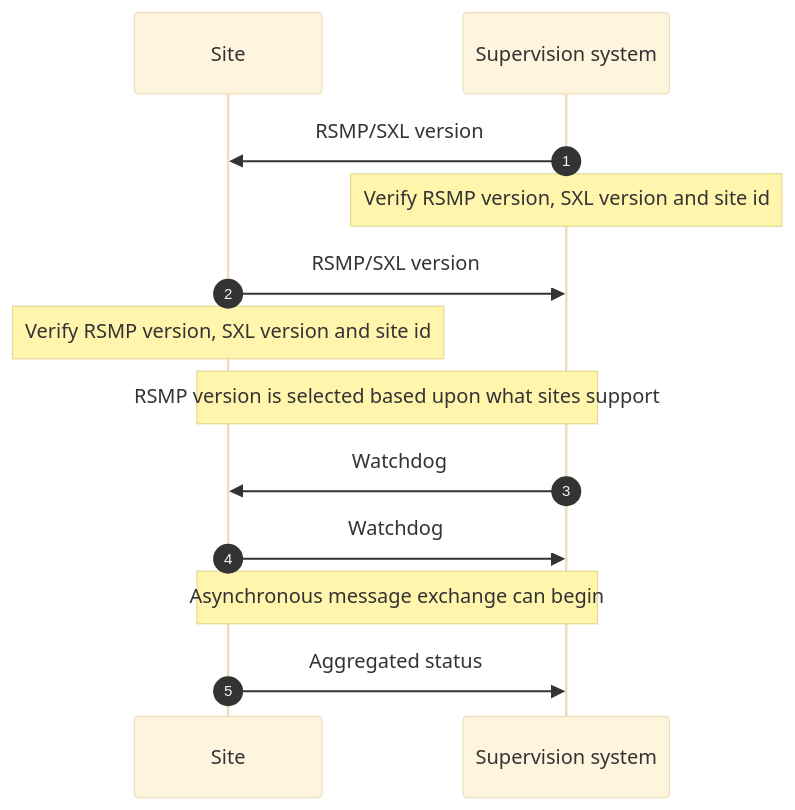
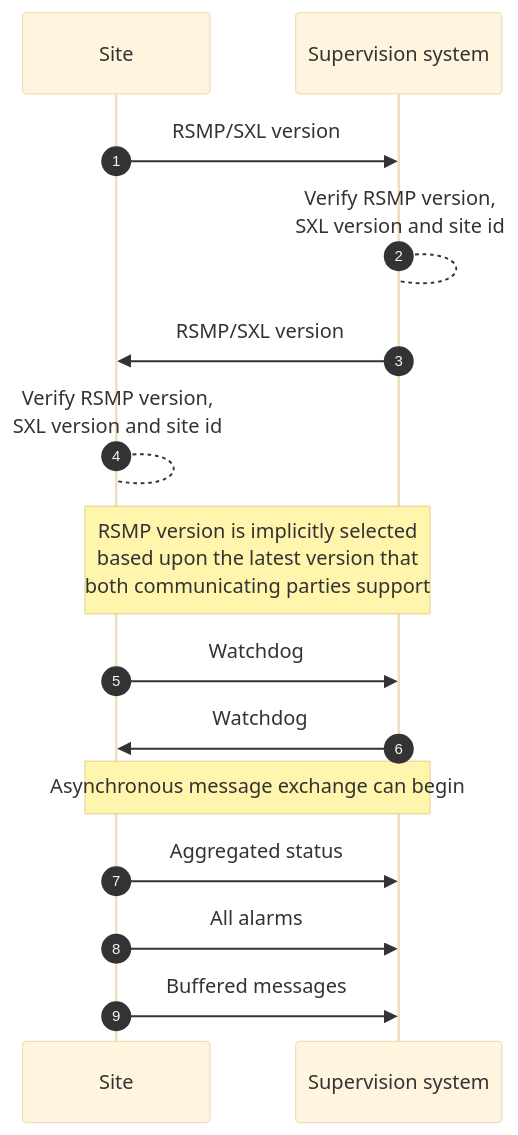
The first of 3 diagrams in source/applicability/transport_of_data.rst (rsmp-nordic/rsmp_core), drawn with Mermaid (base theme) before and after one commit.

Commit message:
Fixes for handshake diagram

```diff
--- a/source/applicability/transport_of_data.rst
+++ b/source/applicability/transport_of_data.rst
@@ -104,15 +104,17 @@
 .. mermaid::
 
    sequenceDiagram
      autonumber
      participant Site
      participant System as Supervision system
+     Site->>System: RSMP/SXL version
+     System-->System: Verify RSMP version,<br/>SXL version and site id
      System->>Site: RSMP/SXL version
-     Note over System: Verify RSMP version, SXL version and site id
-     Site->>System: RSMP/SXL version
-     Note over Site: Verify RSMP version, SXL version and site id
-     Note over Site,System: RSMP version is selected based upon what sites support
+     Site-->Site: Verify RSMP version,<br/>SXL version and site id
+     Note over Site,System: RSMP version is implicitly selected<br/>based upon the latest version that<br/>both communicating parties support
+     Site->>System: Watchdog
      System->>Site: Watchdog
-     Site->>System: Watchdog
      Note over Site,System: Asynchronous message exchange can begin
      Site->>System: Aggregated status
+     Site->>System: All alarms
+     Site->>System: Buffered messages
```
